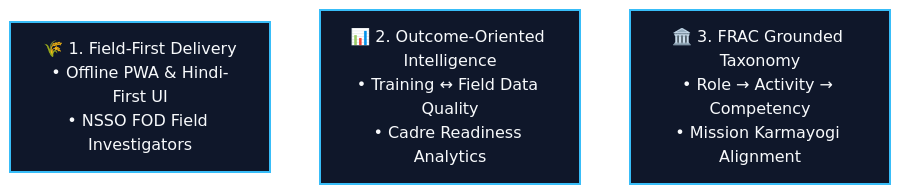
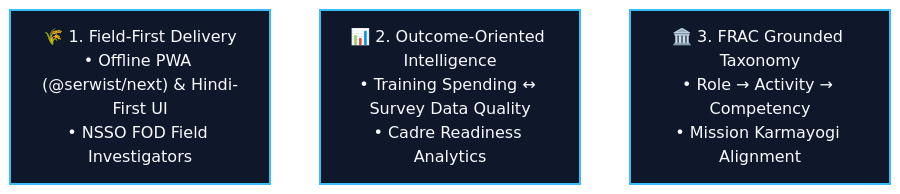
Before and after one commit to StudyApp-Project/SiH: the diagram in README.md, drawn with Mermaid. The commit also changed other lines of this file and 7 other files, not shown here.

Commit message:
docs: update architecture documentation to v2.0 reflecting the pivot from Firebase to Supabase and Next.js 15

````diff
--- a/README.md
+++ b/README.md
@@ -30,9 +31,9 @@
 ```mermaid
 graph TD
-    L1["🌾 1. Field-First Delivery<br/>• Offline PWA & Hindi-First UI<br/>• NSSO FOD Field Investigators"] 
-    L2["📊 2. Outcome-Oriented Intelligence<br/>• Training ↔ Field Data Quality<br/>• Cadre Readiness Analytics"] 
+    L1["🌾 1. Field-First Delivery<br/>• Offline PWA (@serwist/next) & Hindi-First UI<br/>• NSSO FOD Field Investigators"] 
+    L2["📊 2. Outcome-Oriented Intelligence<br/>• Training Spending ↔ Survey Data Quality<br/>• Cadre Readiness Analytics"] 
     L3["🏛️ 3. FRAC Grounded Taxonomy<br/>• Role → Activity → Competency<br/>• Mission Karmayogi Alignment"]
 
     classDef lever fill:#0f172a,stroke:#38bdf8,stroke-width:2px,color:#f8fafc;
     class L1,L2,L3 lever;
 ```
````
